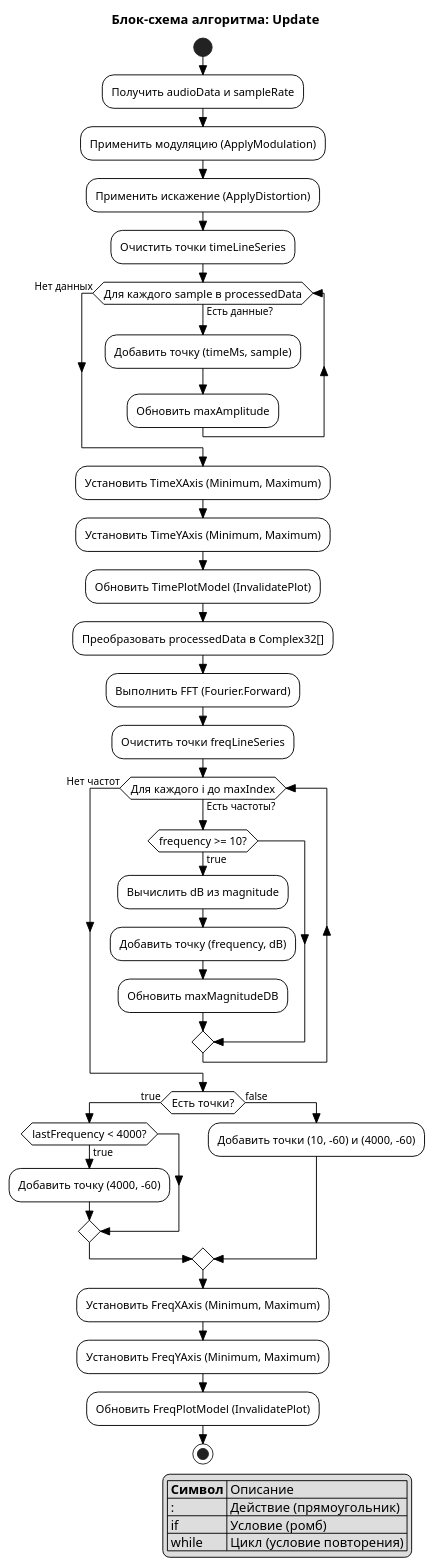
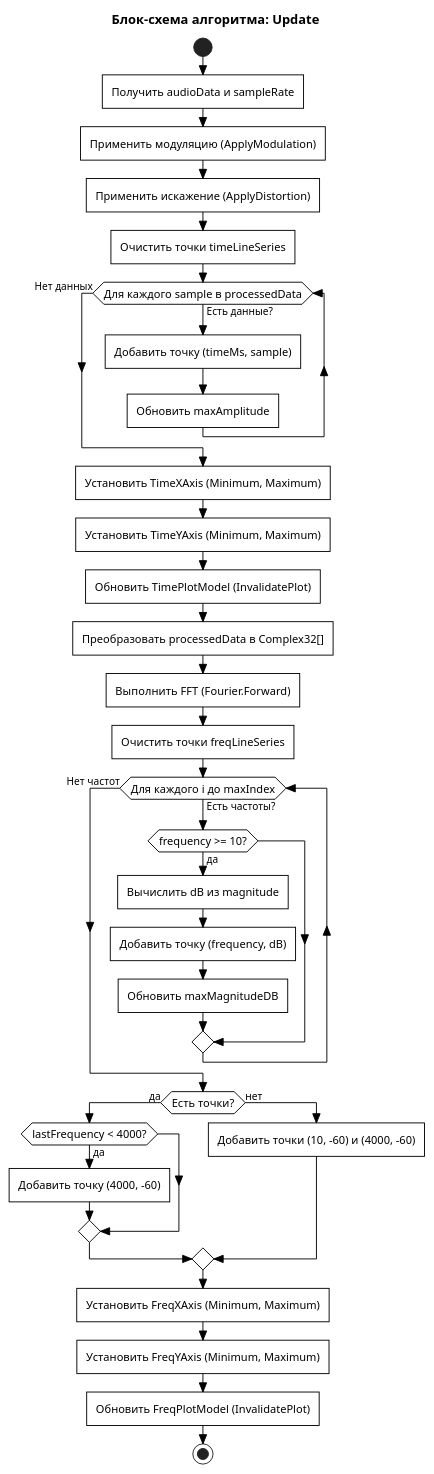
The diagram in docs/AudioVisualizer/activity.puml (alex-pyslar/dream-synth), drawn with PlantUML before and after one commit. The commit also changed 23 other files, not shown here.

Commit message:
Обновление диаграмм

```diff
--- a/docs/AudioVisualizer/activity.puml
+++ b/docs/AudioVisualizer/activity.puml
@@ -1,69 +1,60 @@
 @startuml ActivityDiagramUpdate
 
-' ГОСТ-стиль: черно-белый, без теней, прямоугольные блоки
 skinparam monochrome true
 skinparam shadowing false
 skinparam activityFontSize 12
 skinparam activityFontName Arial
 skinparam activityBorderThickness 1
 skinparam activityBackgroundColor none
 skinparam activityBorderColor black
 skinparam activityCornerRadius 0
 skinparam defaultCornerRadius 0
 skinparam ArrowColor black
 skinparam ActivityDiamondCornerRadius 0
 skinparam style strictuml
+skinparam roundCorner 0
 
 title Блок-схема алгоритма: Update
 
 start
 
 :Получить audioData и sampleRate;
-
 :Применить модуляцию (ApplyModulation);
 :Применить искажение (ApplyDistortion);
+:Очистить точки timeLineSeries;
 
-' Обновление временной диаграммы
-:Очистить точки timeLineSeries;
 while (Для каждого sample в processedData) is (Есть данные?)
-    :Добавить точку (timeMs, sample);
-    :Обновить maxAmplitude;
+  :Добавить точку (timeMs, sample);
+  :Обновить maxAmplitude;
 end while (Нет данных)
+
 :Установить TimeXAxis (Minimum, Maximum);
 :Установить TimeYAxis (Minimum, Maximum);
 :Обновить TimePlotModel (InvalidatePlot);
 
-' Подготовка данных для частотной диаграммы
 :Преобразовать processedData в Complex32[];
 :Выполнить FFT (Fourier.Forward);
+:Очистить точки freqLineSeries;
 
-' Обновление частотной диаграммы
-:Очистить точки freqLineSeries;
 while (Для каждого i до maxIndex) is (Есть частоты?)
-    if (frequency >= 10?) then (true)
-        :Вычислить dB из magnitude;
-        :Добавить точку (frequency, dB);
-        :Обновить maxMagnitudeDB;
-    endif
+  if (frequency >= 10?) then (да)
+    :Вычислить dB из magnitude;
+    :Добавить точку (frequency, dB);
+    :Обновить maxMagnitudeDB;
+  endif
 end while (Нет частот)
-if (Есть точки?) then (true)
-    if (lastFrequency < 4000?) then (true)
-        :Добавить точку (4000, -60);
-    endif
-else (false)
-    :Добавить точки (10, -60) и (4000, -60);
+
+if (Есть точки?) then (да)
+  if (lastFrequency < 4000?) then (да)
+    :Добавить точку (4000, -60);
+  endif
+else (нет)
+  :Добавить точки (10, -60) и (4000, -60);
 endif
+
 :Установить FreqXAxis (Minimum, Maximum);
 :Установить FreqYAxis (Minimum, Maximum);
 :Обновить FreqPlotModel (InvalidatePlot);
 
 stop
-
-legend right
-|= Символ | Описание |
-| : | Действие (прямоугольник) |
-| if | Условие (ромб) |
-| while | Цикл (условие повторения) |
-endlegend
-
 @enduml
```
